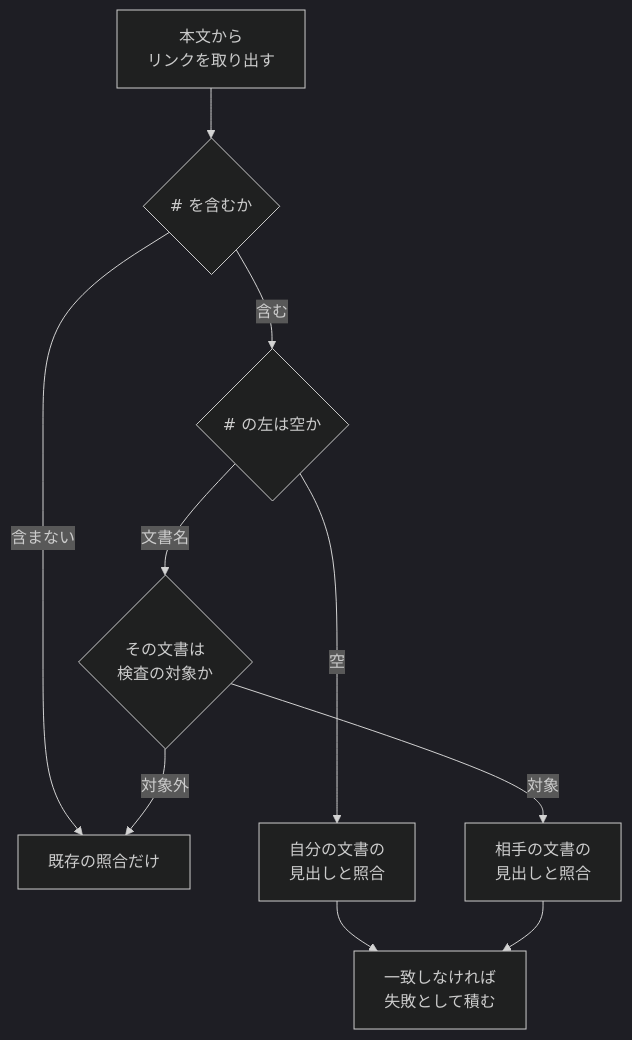
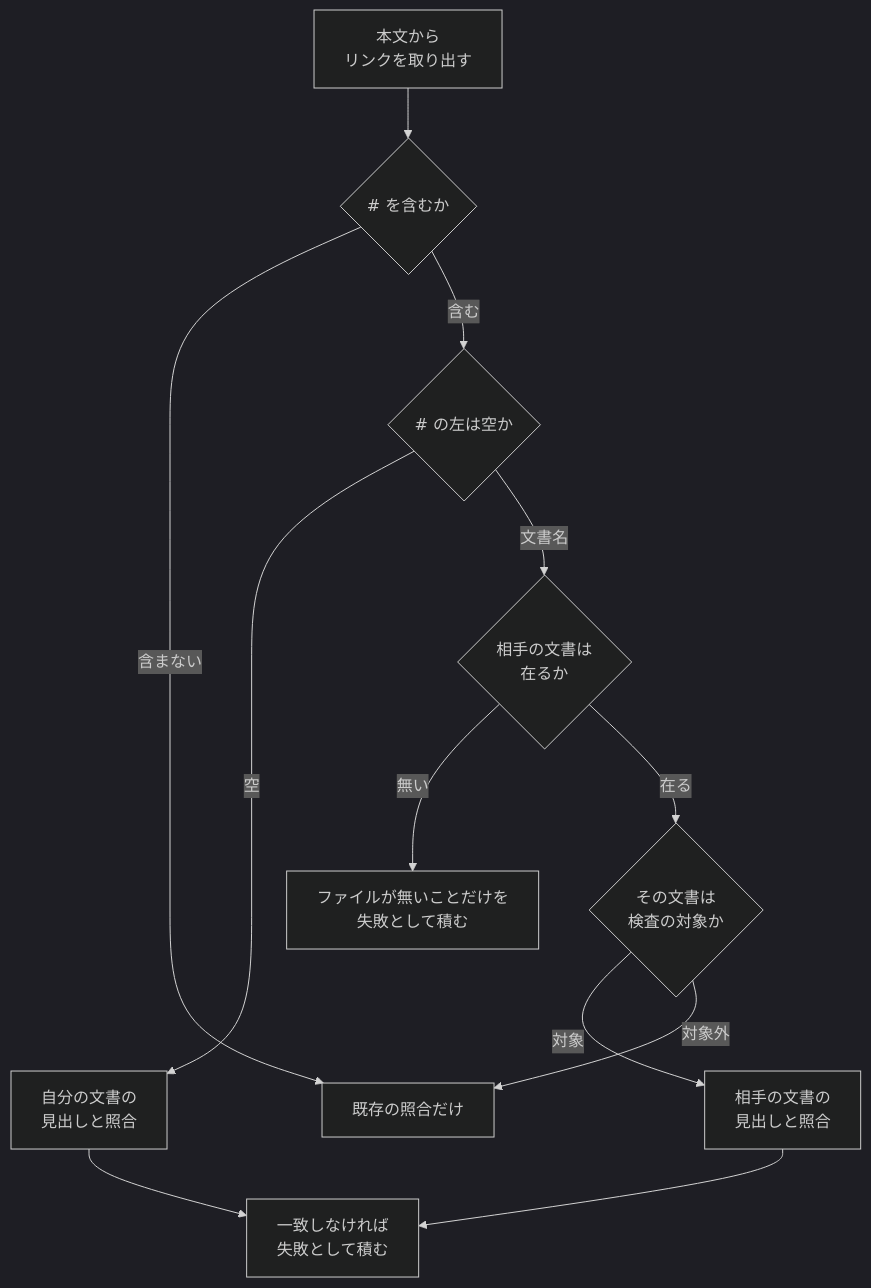
One commit to devbasex/ai-plugins changed the diagram in issues/issue-445-design.md. Above: the diagram before and after it, drawn with Mermaid (dark theme). The commit also changed other lines of this file and 1 other file, not shown here.

````diff
--- a/issues/issue-445-design.md
+++ b/issues/issue-445-design.md
@@ -23,12 +23,14 @@
 ```mermaid
 graph TD
     A[本文から<br/>リンクを取り出す] --> B{# を含むか}
     B -->|含まない| Z[既存の照合だけ]
     B -->|含む| C{# の左は空か}
     C -->|空| D[自分の文書の<br/>見出しと照合]
-    C -->|文書名| E{その文書は<br/>検査の対象か}
+    C -->|文書名| H{相手の文書は<br/>在るか}
+    H -->|無い| Y[ファイルが無いことだけを<br/>失敗として積む]
+    H -->|在る| E{その文書は<br/>検査の対象か}
     E -->|対象| F[相手の文書の<br/>見出しと照合]
     E -->|対象外| Z
     D --> G[一致しなければ<br/>失敗として積む]
     F --> G
 ```
````
